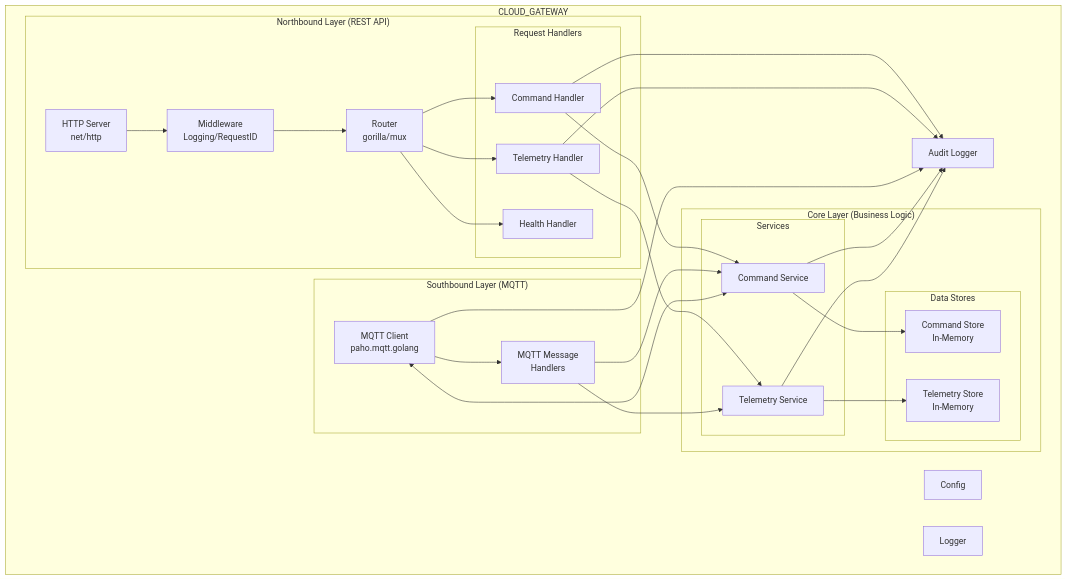
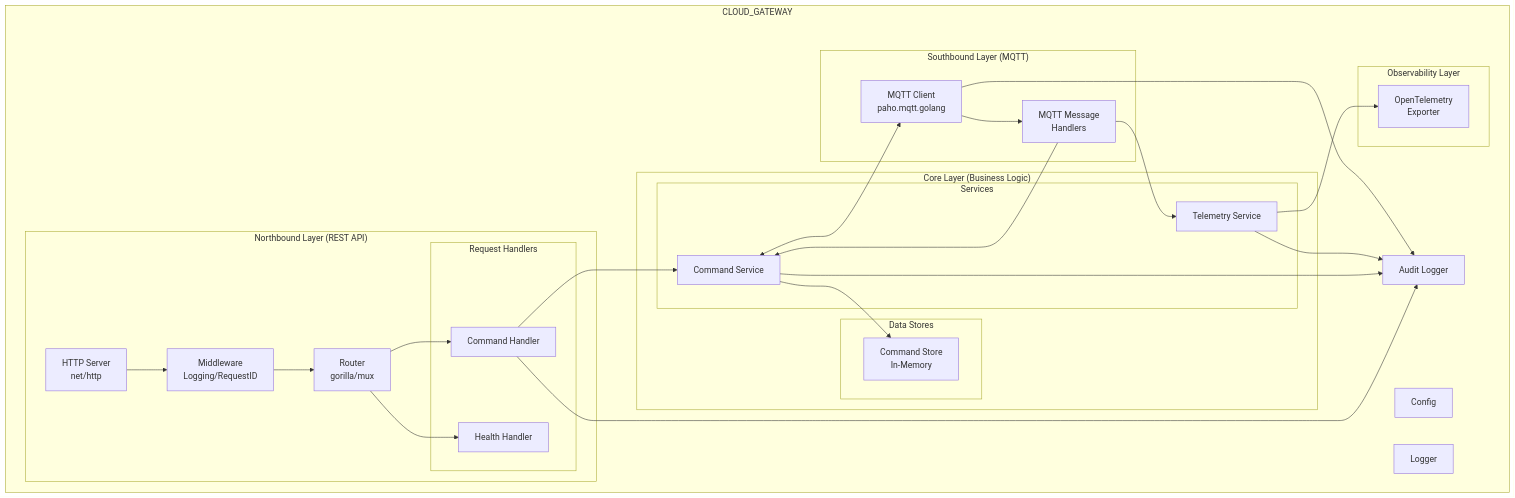
The third of 5 diagrams in .kiro/specs/cloud-gateway/design.md (rhadp/parking-fee-service), drawn with Mermaid before and after one commit. The commit also changed other lines of this file and 2 other files, not shown here.

````diff
--- a/.kiro/specs/cloud-gateway/design.md
+++ b/.kiro/specs/cloud-gateway/design.md
@@ -72,56 +81,55 @@
 ```mermaid
 flowchart TB
     subgraph CloudGateway["CLOUD_GATEWAY"]
         subgraph NorthboundLayer["Northbound Layer (REST API)"]
             HTTP[HTTP Server<br/>net/http]
             ROUTER[Router<br/>gorilla/mux]
             MW[Middleware<br/>Logging/RequestID]
             
             subgraph Handlers["Request Handlers"]
                 CH[Command Handler]
-                TH[Telemetry Handler]
                 HH[Health Handler]
             end
         end
         
         subgraph CoreLayer["Core Layer (Business Logic)"]
             subgraph Services["Services"]
                 CS[Command Service]
                 TS[Telemetry Service]
             end
             
             subgraph Stores["Data Stores"]
                 CST[Command Store<br/>In-Memory]
-                TST[Telemetry Store<br/>In-Memory]
             end
         end
         
         subgraph SouthboundLayer["Southbound Layer (MQTT)"]
             MQTT[MQTT Client<br/>paho.mqtt.golang]
             MQTTH[MQTT Message<br/>Handlers]
+        end
+        
+        subgraph ObservabilityLayer["Observability Layer"]
+            OTELEXP[OpenTelemetry<br/>Exporter]
         end
         
         CFG[Config]
         LOG[Logger]
         AUDIT[Audit Logger]
     end
     
     HTTP --> MW
     MW --> ROUTER
     ROUTER --> CH
-    ROUTER --> TH
     ROUTER --> HH
     CH --> CS
     CH --> AUDIT
-    TH --> TS
-    TH --> AUDIT
     CS --> CST
     CS <--> MQTT
     CS --> AUDIT
-    TS --> TST
+    TS --> OTELEXP
     TS --> AUDIT
     MQTT --> MQTTH
     MQTTH --> CS
     MQTTH --> TS
     MQTT --> AUDIT
 ```
````
